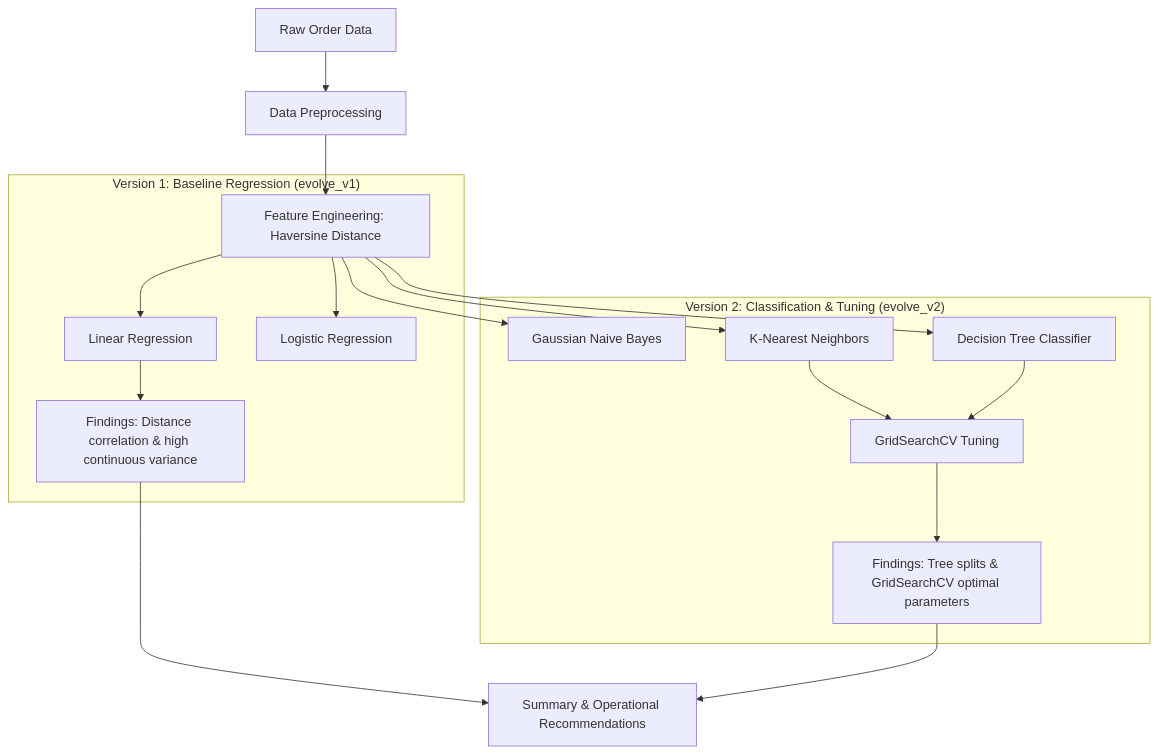
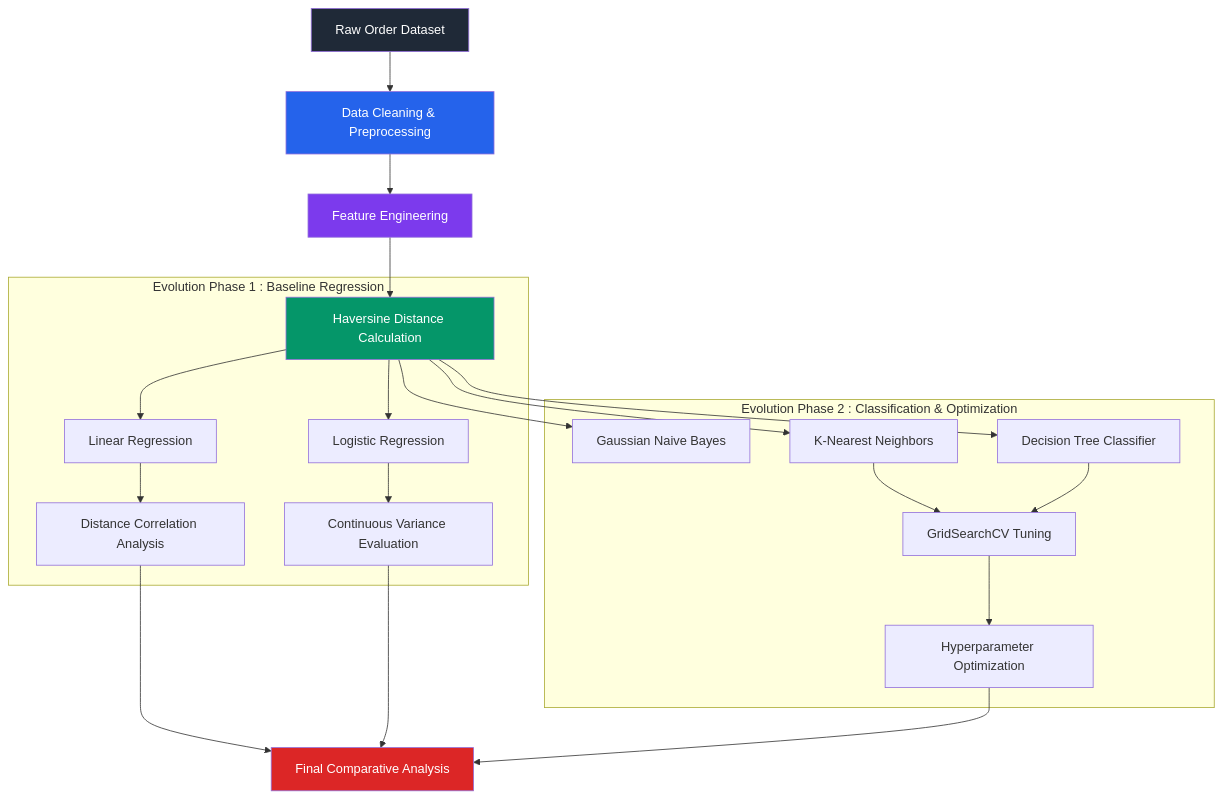
One commit to ignite-2005/Food-Delivery-Time-Prediction changed the first of 2 diagrams in README.md. Above: the diagram before and after it, drawn with Mermaid. The commit also changed other lines of this file, not shown here.

````diff
--- a/README.md
+++ b/README.md
@@ -27,23 +52,32 @@
 ```mermaid
 graph TD
-    A["Raw Order Data"] --> B["Data Preprocessing"]
-    B --> C["Feature Engineering: Haversine Distance"]
-    
-    subgraph v1_sub ["Version 1: Baseline Regression (evolve_v1)"]
-        C --> D1["Linear Regression"]
-        C --> D2["Logistic Regression"]
-        D1 --> E1["Findings: Distance correlation & high continuous variance"]
+    A[Raw Order Dataset] --> B[Data Cleaning & Preprocessing]
+    B --> C[Feature Engineering]
+    C --> D[Haversine Distance Calculation]
+
+    subgraph EV1 [Evolution Phase 1 : Baseline Regression]
+        D --> E1[Linear Regression]
+        D --> E2[Logistic Regression]
+        E1 --> F1[Distance Correlation Analysis]
+        E2 --> F2[Continuous Variance Evaluation]
     end
 
-    subgraph v2_sub ["Version 2: Classification & Tuning (evolve_v2)"]
-        C --> F1["Gaussian Naive Bayes"]
-        C --> F2["K-Nearest Neighbors"]
-        C --> F3["Decision Tree Classifier"]
-        F2 --> G["GridSearchCV Tuning"]
-        F3 --> G
-        G --> H["Findings: Tree splits & GridSearchCV optimal parameters"]
+    subgraph EV2 [Evolution Phase 2 : Classification & Optimization]
+        D --> G1[Gaussian Naive Bayes]
+        D --> G2[K-Nearest Neighbors]
+        D --> G3[Decision Tree Classifier]
+        G2 --> H[GridSearchCV Tuning]
+        G3 --> H
+        H --> I[Hyperparameter Optimization]
     end
 
-    E1 --> I["Summary & Operational Recommendations"]
-    H --> I
+    F1 --> J[Final Comparative Analysis]
+    F2 --> J
+    I --> J
+
+    style A fill:#1f2937,color:#fff
+    style B fill:#2563eb,color:#fff
+    style C fill:#7c3aed,color:#fff
+    style D fill:#059669,color:#fff
+    style J fill:#dc2626,color:#fff
 ```
````
